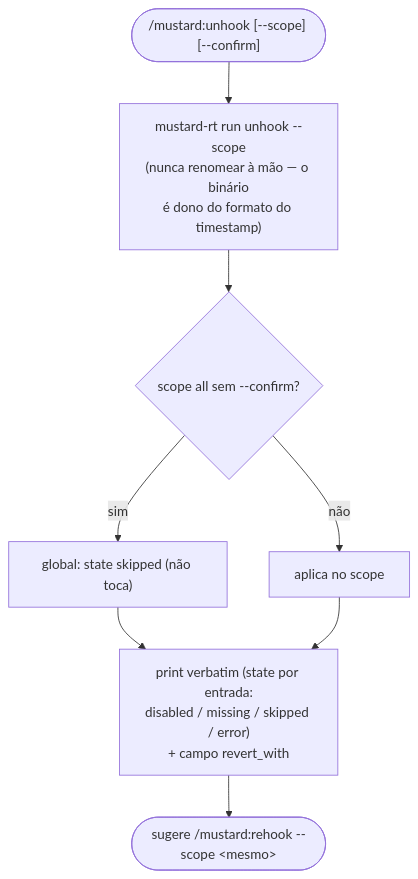
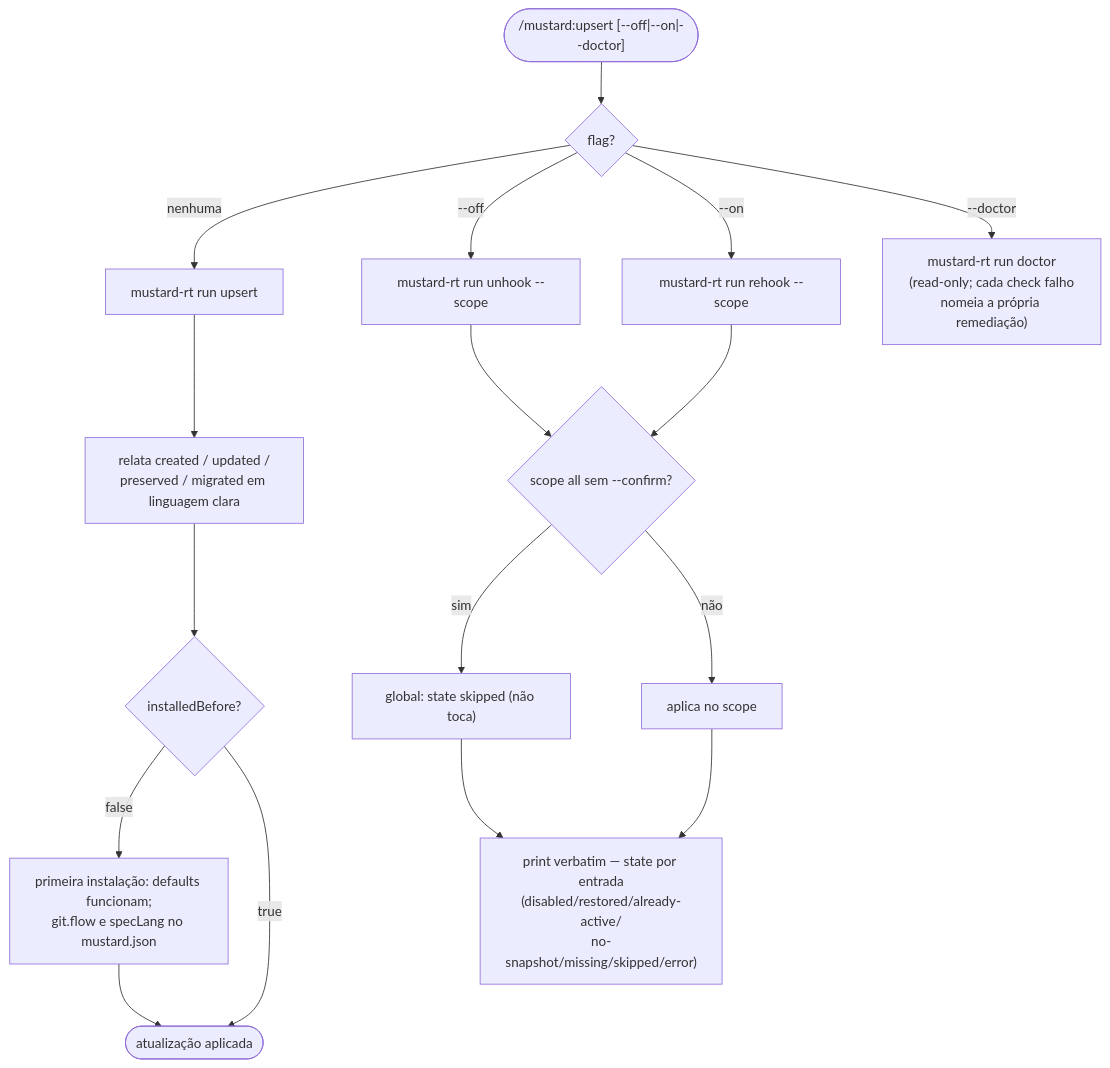
One commit to rubensrpj/mustard changed diagram 12 of 12 in MUSTARD-COMMANDS.md. Above: the diagram before and after it, drawn with Mermaid. The commit also changed other lines of this file and 39 other files, not shown here.

````diff
--- a/MUSTARD-COMMANDS.md
+++ b/MUSTARD-COMMANDS.md
@@ -515,10 +472,22 @@
 ```mermaid
 flowchart TD
-    start(["/mustard:unhook [--scope] [--confirm]"]) --> run["mustard-rt run unhook --scope<br/>(nunca renomear à mão — o binário<br/>é dono do formato do timestamp)"]
-    run --> scopeChk{"scope all sem --confirm?"}
+    start(["/mustard:upsert [--off|--on|--doctor]"]) --> which{"flag?"}
+
+    which -->|nenhuma| ups["mustard-rt run upsert"]
+    ups --> lists["relata created / updated /<br/>preserved / migrated em linguagem clara"]
+    lists --> first{"installedBefore?"}
+    first -->|false| hint["primeira instalação: defaults funcionam;<br/>git.flow e specLang no mustard.json"]
+    first -->|true| doneU(["atualização aplicada"])
+    hint --> doneU
+
+    which -->|--off| off["mustard-rt run unhook --scope"]
+    which -->|--on| on["mustard-rt run rehook --scope"]
+    off --> scopeChk{"scope all sem --confirm?"}
+    on --> scopeChk
     scopeChk -->|sim| skip["global: state skipped (não toca)"]
     scopeChk -->|não| apply["aplica no scope"]
     skip --> report
-    apply --> report["print verbatim (state por entrada:<br/>disabled / missing / skipped / error)<br/>+ campo revert_with"]
-    report --> done(["sugere /mustard:rehook --scope &lt;mesmo&gt;"])
+    apply --> report["print verbatim — state por entrada<br/>(disabled/restored/already-active/<br/>no-snapshot/missing/skipped/error)"]
+
+    which -->|--doctor| doc["mustard-rt run doctor<br/>(read-only; cada check falho<br/>nomeia a própria remediação)"]
 ```
````
